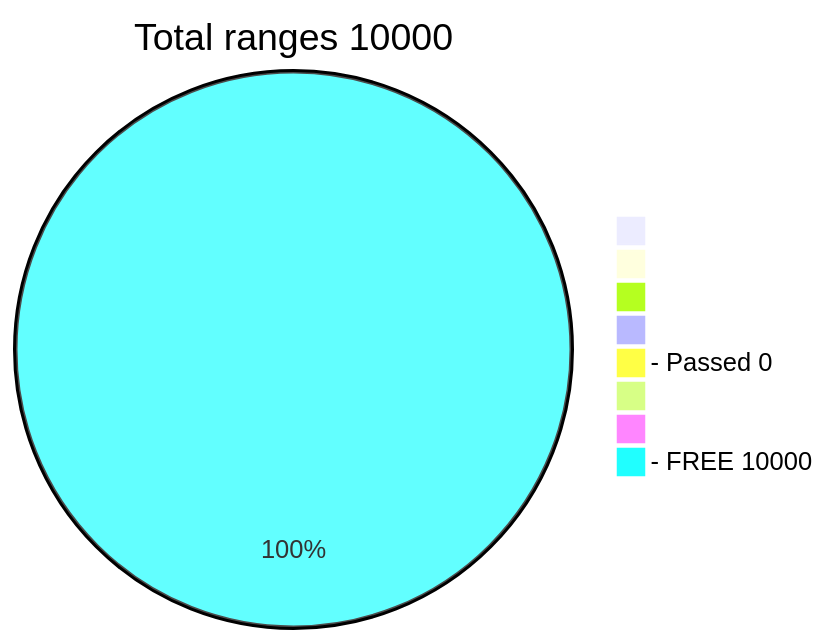
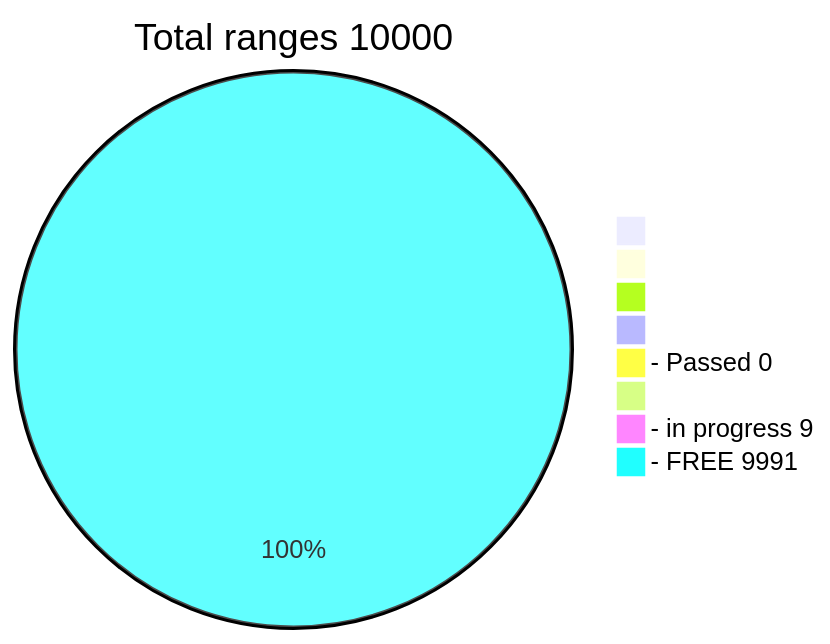
The diagram in README.md (phrutis/Passphrases), drawn with Mermaid before and after one commit.

````diff
--- a/README.md
+++ b/README.md
@@ -3,12 +3,12 @@
 ```mermaid
 pie title Total ranges 10000
              " " : 0
             "  " : 0
            "   " : 0
           "    " : 0
   "- Passed 0" : 0
          "     " : 0
-  "            " : 0
-   "- FREE 10000" : 10000
+  "- in progress 9" : 9
+   "- FREE 9991" : 9991
    
 ```
````
